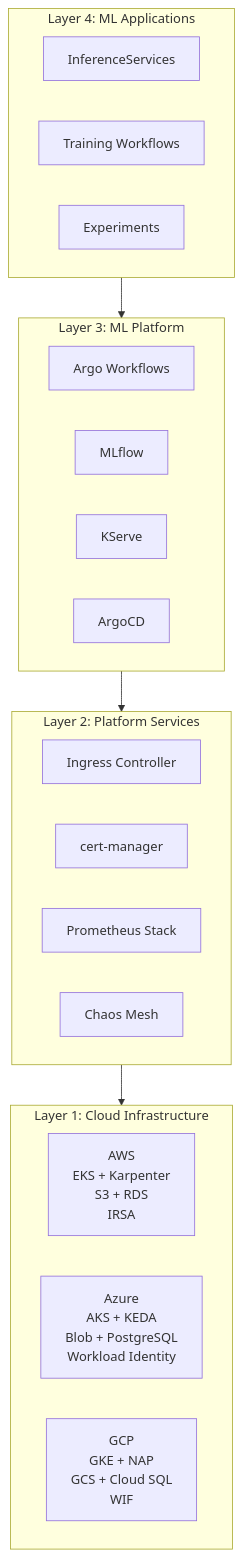
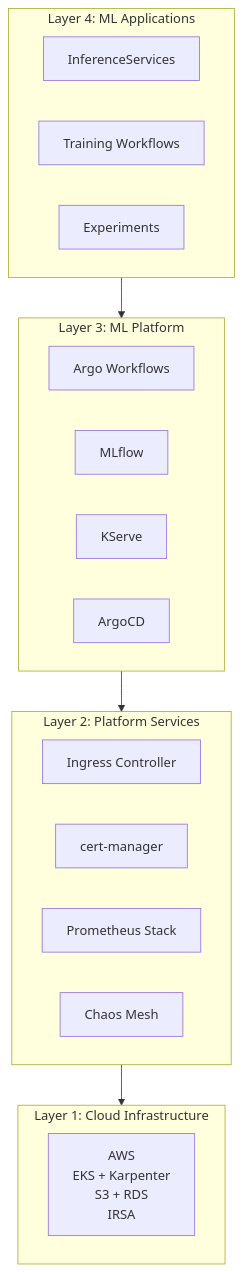
Before and after one commit to judeoyovbaire/mlops-platform: the third of 4 diagrams in README.md, drawn with Mermaid. The commit also changed other lines of this file and 155 other files, not shown here.

First line of the commit message:
refactor!: remove Azure and GCP (ADR-017, JDH-407)

````diff
--- a/README.md
+++ b/README.md
@@ -144,33 +133,31 @@
 ```mermaid
 graph TB
     subgraph Applications["Layer 4: ML Applications"]
         INF[InferenceServices]
         WF[Training Workflows]
         EXP[Experiments]
     end
 
     subgraph MLPlatform["Layer 3: ML Platform"]
         ARGO[Argo Workflows]
         MLF[MLflow]
         KS[KServe]
         ACD[ArgoCD]
     end
 
     subgraph PlatformServices["Layer 2: Platform Services"]
         ING[Ingress Controller]
         CERT[cert-manager]
         PROM[Prometheus Stack]
         CHAOS[Chaos Mesh]
     end
 
     subgraph CloudInfra["Layer 1: Cloud Infrastructure"]
         direction LR
         AWS["AWS<br/>EKS + Karpenter<br/>S3 + RDS<br/>IRSA"]
-        AZURE["Azure<br/>AKS + KEDA<br/>Blob + PostgreSQL<br/>Workload Identity"]
-        GCP["GCP<br/>GKE + NAP<br/>GCS + Cloud SQL<br/>WIF"]
     end
 
     Applications --> MLPlatform
     MLPlatform --> PlatformServices
     PlatformServices --> CloudInfra
 ```
````
